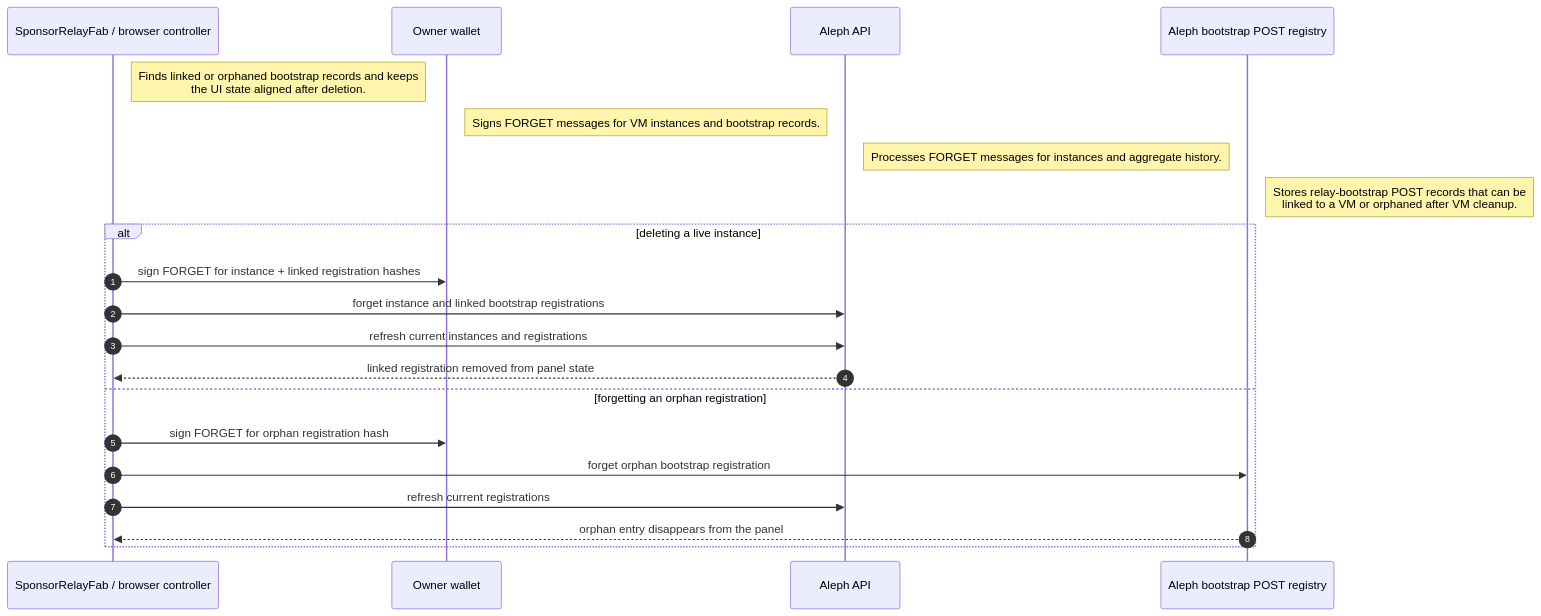
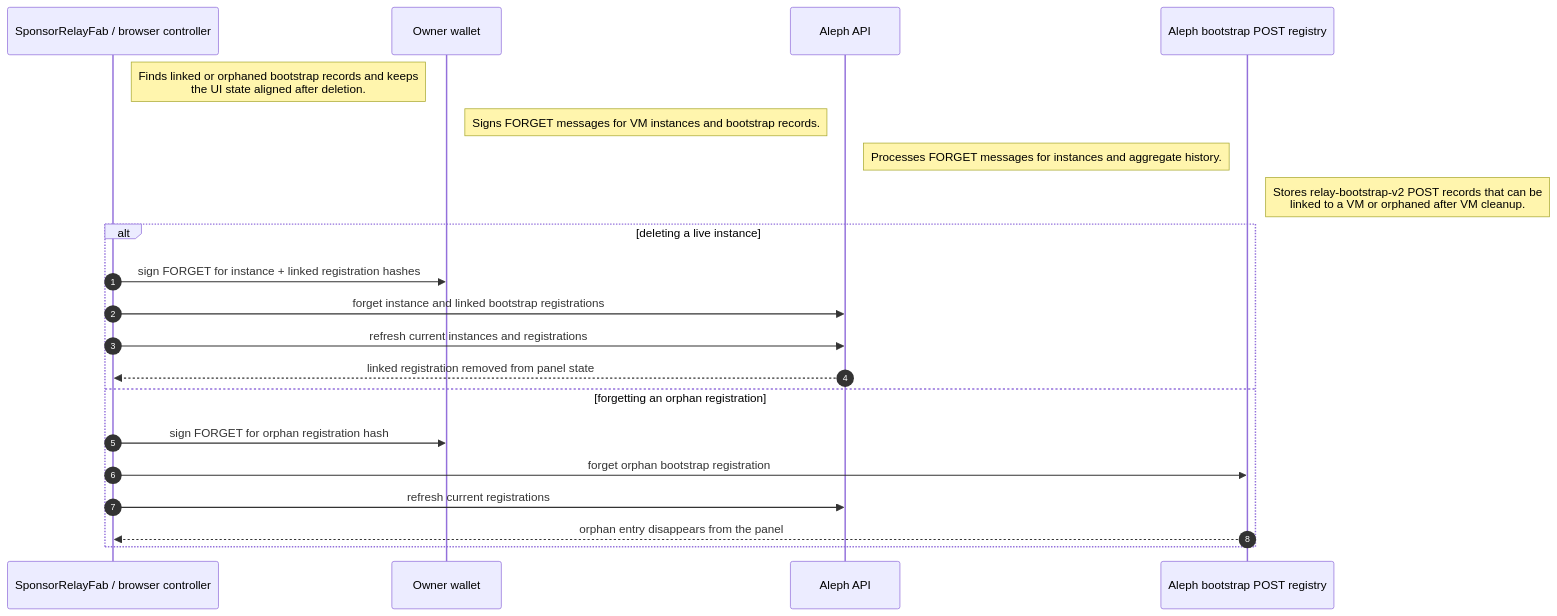
One commit to NiKrause/relay-button changed the fourth of 4 diagrams in docs/docusaurus/docs/reference/aleph-bootstrap-sequences.md. Above: the diagram before and after it, drawn with Mermaid. The commit also changed other lines of this file and 15 other files, not shown here.

Commit message:
refactor: remove relay bootstrap v1 compatibility

````diff
--- a/docs/docusaurus/docs/reference/aleph-bootstrap-sequences.md
+++ b/docs/docusaurus/docs/reference/aleph-bootstrap-sequences.md
@@ -304,25 +304,25 @@
 ```mermaid
 sequenceDiagram
   autonumber
   participant Browser as SponsorRelayFab / browser controller
   participant Wallet as Owner wallet
   participant Aleph as Aleph API
   participant Registry as Aleph bootstrap POST registry
 
   Note right of Browser: Finds linked or orphaned bootstrap records and keeps<br/>the UI state aligned after deletion.
   Note right of Wallet: Signs FORGET messages for VM instances and bootstrap records.
   Note right of Aleph: Processes FORGET messages for instances and aggregate history.
-  Note right of Registry: Stores relay-bootstrap POST records that can be<br/>linked to a VM or orphaned after VM cleanup.
+  Note right of Registry: Stores relay-bootstrap-v2 POST records that can be<br/>linked to a VM or orphaned after VM cleanup.
 
   alt deleting a live instance
     Browser->>Wallet: sign FORGET for instance + linked registration hashes
     Browser->>Aleph: forget instance and linked bootstrap registrations
     Browser->>Aleph: refresh current instances and registrations
     Aleph-->>Browser: linked registration removed from panel state
   else forgetting an orphan registration
     Browser->>Wallet: sign FORGET for orphan registration hash
     Browser->>Registry: forget orphan bootstrap registration
     Browser->>Aleph: refresh current registrations
     Registry-->>Browser: orphan entry disappears from the panel
   end
 ```
````
